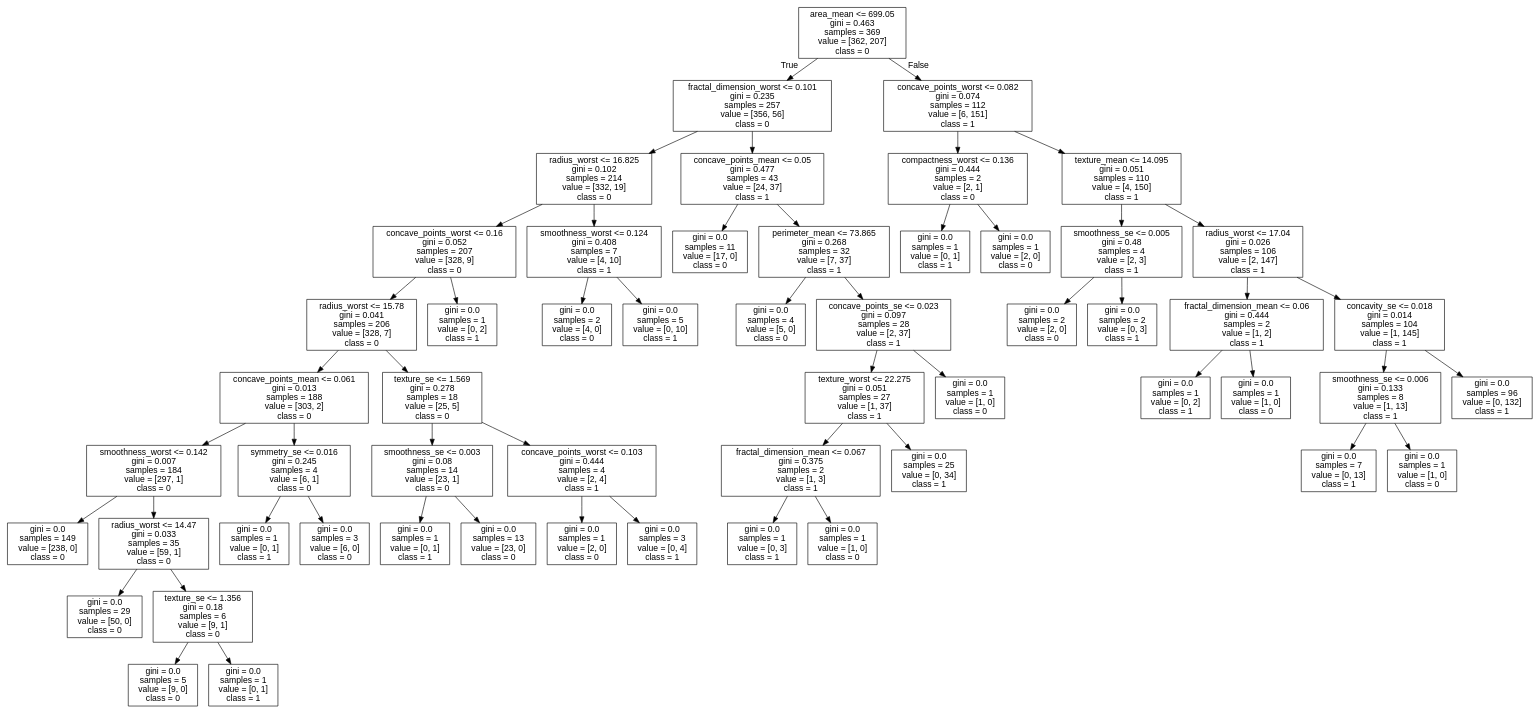
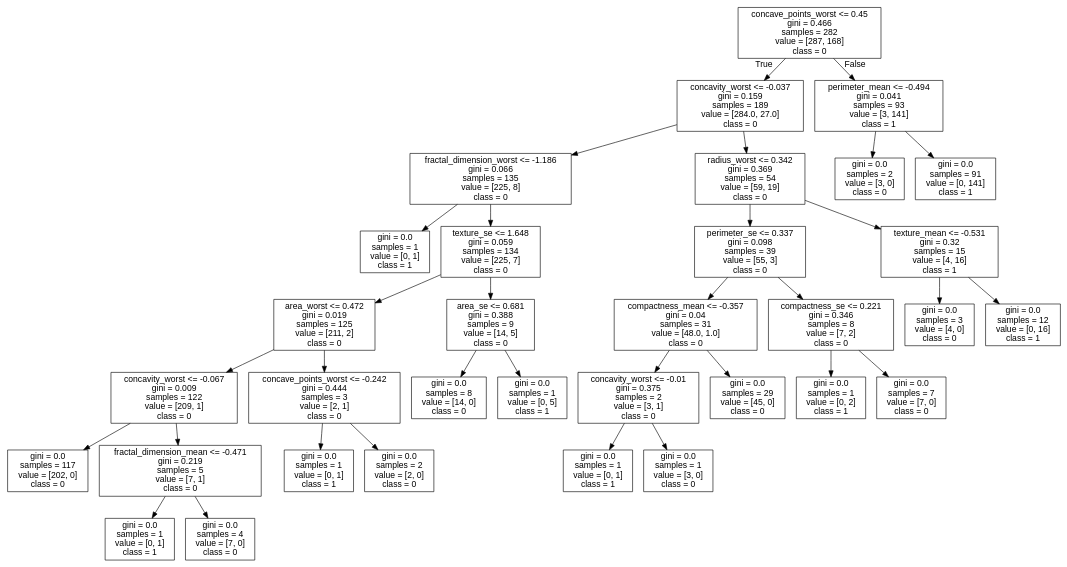
One commit to cyrilvincent/datascience changed the diagram in data/breast-cancer/tree.dot. Above: the diagram before and after it, drawn with Graphviz. The commit also changed 4 other files, not shown here.

```diff
--- a/data/breast-cancer/tree.dot
+++ b/data/breast-cancer/tree.dot
@@ -1,113 +1,69 @@
 digraph Tree {
 node [shape=box, fontname="helvetica"] ;
 edge [fontname="helvetica"] ;
-0 [label="area_mean <= 699.05\ngini = 0.463\nsamples = 369\nvalue = [362, 207]\nclass = 0"] ;
-1 [label="fractal_dimension_worst <= 0.101\ngini = 0.235\nsamples = 257\nvalue = [356, 56]\nclass = 0"] ;
+0 [label="concave_points_worst <= 0.45\ngini = 0.466\nsamples = 282\nvalue = [287, 168]\nclass = 0"] ;
+1 [label="concavity_worst <= -0.037\ngini = 0.159\nsamples = 189\nvalue = [284.0, 27.0]\nclass = 0"] ;
 0 -> 1 [labeldistance=2.5, labelangle=45, headlabel="True"] ;
-2 [label="radius_worst <= 16.825\ngini = 0.102\nsamples = 214\nvalue = [332, 19]\nclass = 0"] ;
+2 [label="fractal_dimension_worst <= -1.186\ngini = 0.066\nsamples = 135\nvalue = [225, 8]\nclass = 0"] ;
 1 -> 2 ;
-3 [label="concave_points_worst <= 0.16\ngini = 0.052\nsamples = 207\nvalue = [328, 9]\nclass = 0"] ;
+3 [label="gini = 0.0\nsamples = 1\nvalue = [0, 1]\nclass = 1"] ;
 2 -> 3 ;
-4 [label="radius_worst <= 15.78\ngini = 0.041\nsamples = 206\nvalue = [328, 7]\nclass = 0"] ;
-3 -> 4 ;
-5 [label="concave_points_mean <= 0.061\ngini = 0.013\nsamples = 188\nvalue = [303, 2]\nclass = 0"] ;
+4 [label="texture_se <= 1.648\ngini = 0.059\nsamples = 134\nvalue = [225, 7]\nclass = 0"] ;
+2 -> 4 ;
+5 [label="area_worst <= 0.472\ngini = 0.019\nsamples = 125\nvalue = [211, 2]\nclass = 0"] ;
 4 -> 5 ;
-6 [label="smoothness_worst <= 0.142\ngini = 0.007\nsamples = 184\nvalue = [297, 1]\nclass = 0"] ;
+6 [label="concavity_worst <= -0.067\ngini = 0.009\nsamples = 122\nvalue = [209, 1]\nclass = 0"] ;
 5 -> 6 ;
-7 [label="gini = 0.0\nsamples = 149\nvalue = [238, 0]\nclass = 0"] ;
+7 [label="gini = 0.0\nsamples = 117\nvalue = [202, 0]\nclass = 0"] ;
 6 -> 7 ;
-8 [label="radius_worst <= 14.47\ngini = 0.033\nsamples = 35\nvalue = [59, 1]\nclass = 0"] ;
+8 [label="fractal_dimension_mean <= -0.471\ngini = 0.219\nsamples = 5\nvalue = [7, 1]\nclass = 0"] ;
 6 -> 8 ;
-9 [label="gini = 0.0\nsamples = 29\nvalue = [50, 0]\nclass = 0"] ;
+9 [label="gini = 0.0\nsamples = 1\nvalue = [0, 1]\nclass = 1"] ;
 8 -> 9 ;
-10 [label="texture_se <= 1.356\ngini = 0.18\nsamples = 6\nvalue = [9, 1]\nclass = 0"] ;
+10 [label="gini = 0.0\nsamples = 4\nvalue = [7, 0]\nclass = 0"] ;
 8 -> 10 ;
-11 [label="gini = 0.0\nsamples = 5\nvalue = [9, 0]\nclass = 0"] ;
-10 -> 11 ;
+11 [label="concave_points_worst <= -0.242\ngini = 0.444\nsamples = 3\nvalue = [2, 1]\nclass = 0"] ;
+5 -> 11 ;
 12 [label="gini = 0.0\nsamples = 1\nvalue = [0, 1]\nclass = 1"] ;
-10 -> 12 ;
-13 [label="symmetry_se <= 0.016\ngini = 0.245\nsamples = 4\nvalue = [6, 1]\nclass = 0"] ;
-5 -> 13 ;
-14 [label="gini = 0.0\nsamples = 1\nvalue = [0, 1]\nclass = 1"] ;
-13 -> 14 ;
-15 [label="gini = 0.0\nsamples = 3\nvalue = [6, 0]\nclass = 0"] ;
-13 -> 15 ;
-16 [label="texture_se <= 1.569\ngini = 0.278\nsamples = 18\nvalue = [25, 5]\nclass = 0"] ;
-4 -> 16 ;
-17 [label="smoothness_se <= 0.003\ngini = 0.08\nsamples = 14\nvalue = [23, 1]\nclass = 0"] ;
-16 -> 17 ;
-18 [label="gini = 0.0\nsamples = 1\nvalue = [0, 1]\nclass = 1"] ;
+11 -> 12 ;
+13 [label="gini = 0.0\nsamples = 2\nvalue = [2, 0]\nclass = 0"] ;
+11 -> 13 ;
+14 [label="area_se <= 0.681\ngini = 0.388\nsamples = 9\nvalue = [14, 5]\nclass = 0"] ;
+4 -> 14 ;
+15 [label="gini = 0.0\nsamples = 8\nvalue = [14, 0]\nclass = 0"] ;
+14 -> 15 ;
+16 [label="gini = 0.0\nsamples = 1\nvalue = [0, 5]\nclass = 1"] ;
+14 -> 16 ;
+17 [label="radius_worst <= 0.342\ngini = 0.369\nsamples = 54\nvalue = [59, 19]\nclass = 0"] ;
+1 -> 17 ;
+18 [label="perimeter_se <= 0.337\ngini = 0.098\nsamples = 39\nvalue = [55, 3]\nclass = 0"] ;
 17 -> 18 ;
-19 [label="gini = 0.0\nsamples = 13\nvalue = [23, 0]\nclass = 0"] ;
-17 -> 19 ;
-20 [label="concave_points_worst <= 0.103\ngini = 0.444\nsamples = 4\nvalue = [2, 4]\nclass = 1"] ;
-16 -> 20 ;
-21 [label="gini = 0.0\nsamples = 1\nvalue = [2, 0]\nclass = 0"] ;
+19 [label="compactness_mean <= -0.357\ngini = 0.04\nsamples = 31\nvalue = [48.0, 1.0]\nclass = 0"] ;
+18 -> 19 ;
+20 [label="concavity_worst <= -0.01\ngini = 0.375\nsamples = 2\nvalue = [3, 1]\nclass = 0"] ;
+19 -> 20 ;
+21 [label="gini = 0.0\nsamples = 1\nvalue = [0, 1]\nclass = 1"] ;
 20 -> 21 ;
-22 [label="gini = 0.0\nsamples = 3\nvalue = [0, 4]\nclass = 1"] ;
+22 [label="gini = 0.0\nsamples = 1\nvalue = [3, 0]\nclass = 0"] ;
 20 -> 22 ;
-23 [label="gini = 0.0\nsamples = 1\nvalue = [0, 2]\nclass = 1"] ;
-3 -> 23 ;
-24 [label="smoothness_worst <= 0.124\ngini = 0.408\nsamples = 7\nvalue = [4, 10]\nclass = 1"] ;
-2 -> 24 ;
-25 [label="gini = 0.0\nsamples = 2\nvalue = [4, 0]\nclass = 0"] ;
+23 [label="gini = 0.0\nsamples = 29\nvalue = [45, 0]\nclass = 0"] ;
+19 -> 23 ;
+24 [label="compactness_se <= 0.221\ngini = 0.346\nsamples = 8\nvalue = [7, 2]\nclass = 0"] ;
+18 -> 24 ;
+25 [label="gini = 0.0\nsamples = 1\nvalue = [0, 2]\nclass = 1"] ;
 24 -> 25 ;
-26 [label="gini = 0.0\nsamples = 5\nvalue = [0, 10]\nclass = 1"] ;
+26 [label="gini = 0.0\nsamples = 7\nvalue = [7, 0]\nclass = 0"] ;
 24 -> 26 ;
-27 [label="concave_points_mean <= 0.05\ngini = 0.477\nsamples = 43\nvalue = [24, 37]\nclass = 1"] ;
-1 -> 27 ;
-28 [label="gini = 0.0\nsamples = 11\nvalue = [17, 0]\nclass = 0"] ;
+27 [label="texture_mean <= -0.531\ngini = 0.32\nsamples = 15\nvalue = [4, 16]\nclass = 1"] ;
+17 -> 27 ;
+28 [label="gini = 0.0\nsamples = 3\nvalue = [4, 0]\nclass = 0"] ;
 27 -> 28 ;
-29 [label="perimeter_mean <= 73.865\ngini = 0.268\nsamples = 32\nvalue = [7, 37]\nclass = 1"] ;
+29 [label="gini = 0.0\nsamples = 12\nvalue = [0, 16]\nclass = 1"] ;
 27 -> 29 ;
-30 [label="gini = 0.0\nsamples = 4\nvalue = [5, 0]\nclass = 0"] ;
-29 -> 30 ;
-31 [label="concave_points_se <= 0.023\ngini = 0.097\nsamples = 28\nvalue = [2, 37]\nclass = 1"] ;
-29 -> 31 ;
-32 [label="texture_worst <= 22.275\ngini = 0.051\nsamples = 27\nvalue = [1, 37]\nclass = 1"] ;
-31 -> 32 ;
-33 [label="fractal_dimension_mean <= 0.067\ngini = 0.375\nsamples = 2\nvalue = [1, 3]\nclass = 1"] ;
-32 -> 33 ;
-34 [label="gini = 0.0\nsamples = 1\nvalue = [0, 3]\nclass = 1"] ;
-33 -> 34 ;
-35 [label="gini = 0.0\nsamples = 1\nvalue = [1, 0]\nclass = 0"] ;
-33 -> 35 ;
-36 [label="gini = 0.0\nsamples = 25\nvalue = [0, 34]\nclass = 1"] ;
-32 -> 36 ;
-37 [label="gini = 0.0\nsamples = 1\nvalue = [1, 0]\nclass = 0"] ;
-31 -> 37 ;
-38 [label="concave_points_worst <= 0.082\ngini = 0.074\nsamples = 112\nvalue = [6, 151]\nclass = 1"] ;
-0 -> 38 [labeldistance=2.5, labelangle=-45, headlabel="False"] ;
-39 [label="compactness_worst <= 0.136\ngini = 0.444\nsamples = 2\nvalue = [2, 1]\nclass = 0"] ;
-38 -> 39 ;
-40 [label="gini = 0.0\nsamples = 1\nvalue = [0, 1]\nclass = 1"] ;
-39 -> 40 ;
-41 [label="gini = 0.0\nsamples = 1\nvalue = [2, 0]\nclass = 0"] ;
-39 -> 41 ;
-42 [label="texture_mean <= 14.095\ngini = 0.051\nsamples = 110\nvalue = [4, 150]\nclass = 1"] ;
-38 -> 42 ;
-43 [label="smoothness_se <= 0.005\ngini = 0.48\nsamples = 4\nvalue = [2, 3]\nclass = 1"] ;
-42 -> 43 ;
-44 [label="gini = 0.0\nsamples = 2\nvalue = [2, 0]\nclass = 0"] ;
-43 -> 44 ;
-45 [label="gini = 0.0\nsamples = 2\nvalue = [0, 3]\nclass = 1"] ;
-43 -> 45 ;
-46 [label="radius_worst <= 17.04\ngini = 0.026\nsamples = 106\nvalue = [2, 147]\nclass = 1"] ;
-42 -> 46 ;
-47 [label="fractal_dimension_mean <= 0.06\ngini = 0.444\nsamples = 2\nvalue = [1, 2]\nclass = 1"] ;
-46 -> 47 ;
-48 [label="gini = 0.0\nsamples = 1\nvalue = [0, 2]\nclass = 1"] ;
-47 -> 48 ;
-49 [label="gini = 0.0\nsamples = 1\nvalue = [1, 0]\nclass = 0"] ;
-47 -> 49 ;
-50 [label="concavity_se <= 0.018\ngini = 0.014\nsamples = 104\nvalue = [1, 145]\nclass = 1"] ;
-46 -> 50 ;
-51 [label="smoothness_se <= 0.006\ngini = 0.133\nsamples = 8\nvalue = [1, 13]\nclass = 1"] ;
-50 -> 51 ;
-52 [label="gini = 0.0\nsamples = 7\nvalue = [0, 13]\nclass = 1"] ;
-51 -> 52 ;
-53 [label="gini = 0.0\nsamples = 1\nvalue = [1, 0]\nclass = 0"] ;
-51 -> 53 ;
-54 [label="gini = 0.0\nsamples = 96\nvalue = [0, 132]\nclass = 1"] ;
-50 -> 54 ;
+30 [label="perimeter_mean <= -0.494\ngini = 0.041\nsamples = 93\nvalue = [3, 141]\nclass = 1"] ;
+0 -> 30 [labeldistance=2.5, labelangle=-45, headlabel="False"] ;
+31 [label="gini = 0.0\nsamples = 2\nvalue = [3, 0]\nclass = 0"] ;
+30 -> 31 ;
+32 [label="gini = 0.0\nsamples = 91\nvalue = [0, 141]\nclass = 1"] ;
+30 -> 32 ;
 }
```
